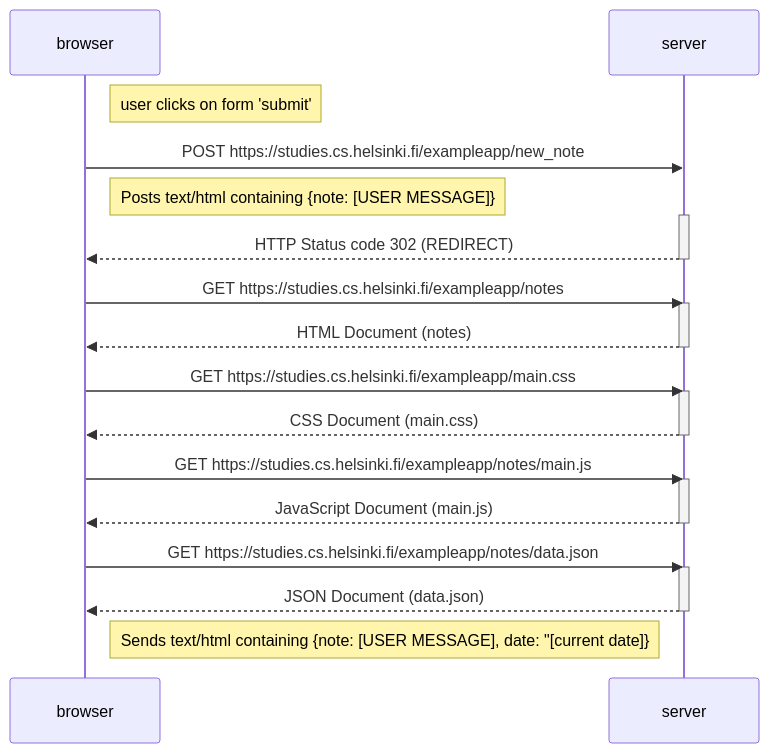
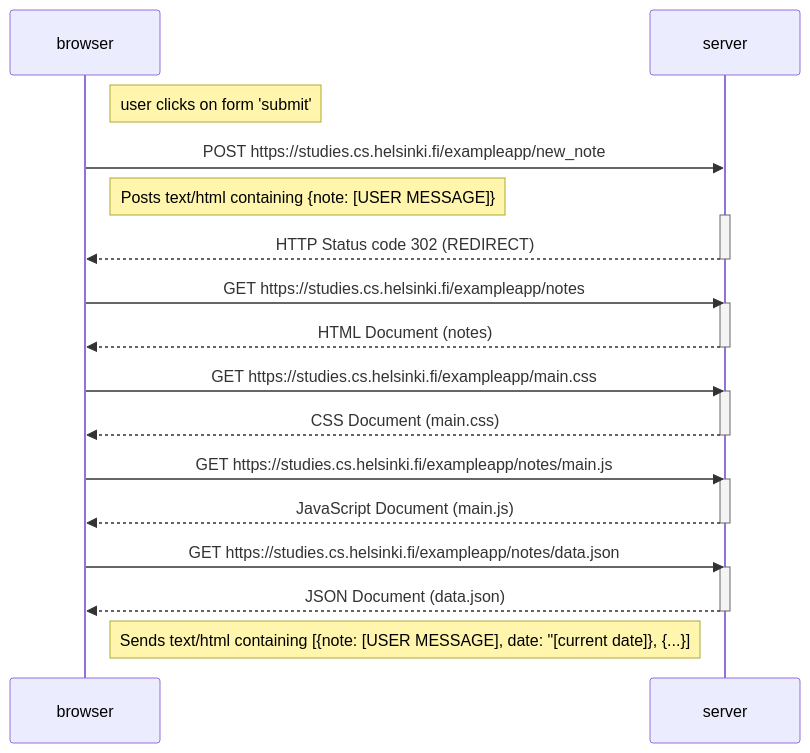
One commit to tomigm/FullStackOpen changed the diagram in part0/e-4.md. Above: the diagram before and after it, drawn with Mermaid.

Commit message:
update in server response note

````diff
--- a/part0/e-4.md
+++ b/part0/e-4.md
@@ -1,38 +1,38 @@
 ```mermaid
 sequenceDiagram
     participant browser
     participant server
 
 note right of browser: user clicks on form 'submit'
 
 browser ->> server: POST https://studies.cs.helsinki.fi/exampleapp/new_note
 note right of browser: Posts text/html containing {note: [USER MESSAGE]}
 activate server
 server -->> browser: HTTP Status code 302 (REDIRECT)
 deactivate server
 
 
 
 browser ->> server: GET https://studies.cs.helsinki.fi/exampleapp/notes
 activate server
 server -->> browser: HTML Document (notes)
 deactivate server
 
 browser ->> server: GET https://studies.cs.helsinki.fi/exampleapp/main.css
 activate server
 server -->> browser: CSS Document (main.css)
 deactivate server
 
 browser ->> server: GET https://studies.cs.helsinki.fi/exampleapp/notes/main.js
 activate server
 server -->> browser: JavaScript Document (main.js)
 deactivate server
 
 browser ->> server: GET https://studies.cs.helsinki.fi/exampleapp/notes/data.json
 activate server
 server -->> browser: JSON Document (data.json)
 deactivate server
-note left of server: Sends text/html containing {note: [USER MESSAGE], date: "[current date]}
+note left of server: Sends text/html containing [{note: [USER MESSAGE], date: "[current date]}, {...}]
 
 
 ```
````
